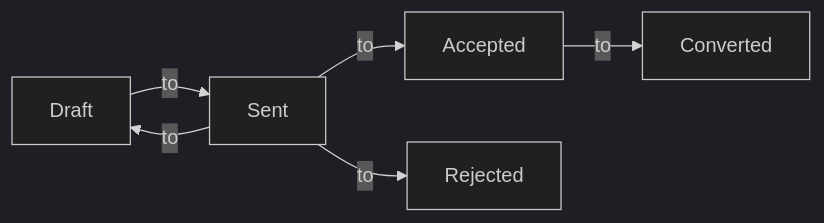
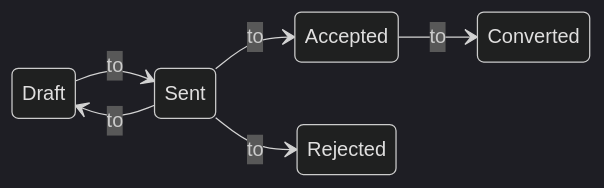
One commit to fiskl-accounting/help-docs changed the diagram in docs/Core-Features/Quotes/creating-quotes.md. Above: the diagram before and after it, drawn with Mermaid (dark theme). The commit also changed 13 other files, not shown here.

````diff
--- a/docs/Core-Features/Quotes/creating-quotes.md
+++ b/docs/Core-Features/Quotes/creating-quotes.md
@@ -101,8 +101,9 @@
 ```mermaid
-graph LR
-    Draft -->| to | Sent
-    Sent -->| to | Draft
-    Sent -->| to | Accepted
-    Sent -->| to | Rejected
-    Accepted -->| to | Converted
+stateDiagram-v2
+    direction LR
+    Draft --> Sent: to
+    Sent --> Draft: to
+    Sent --> Accepted: to
+    Sent --> Rejected: to
+    Accepted --> Converted: to
 ```
````
